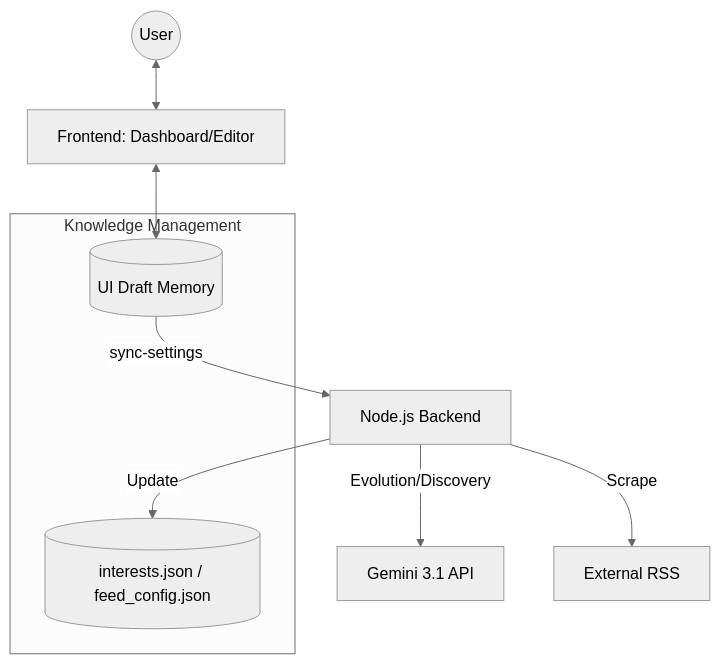
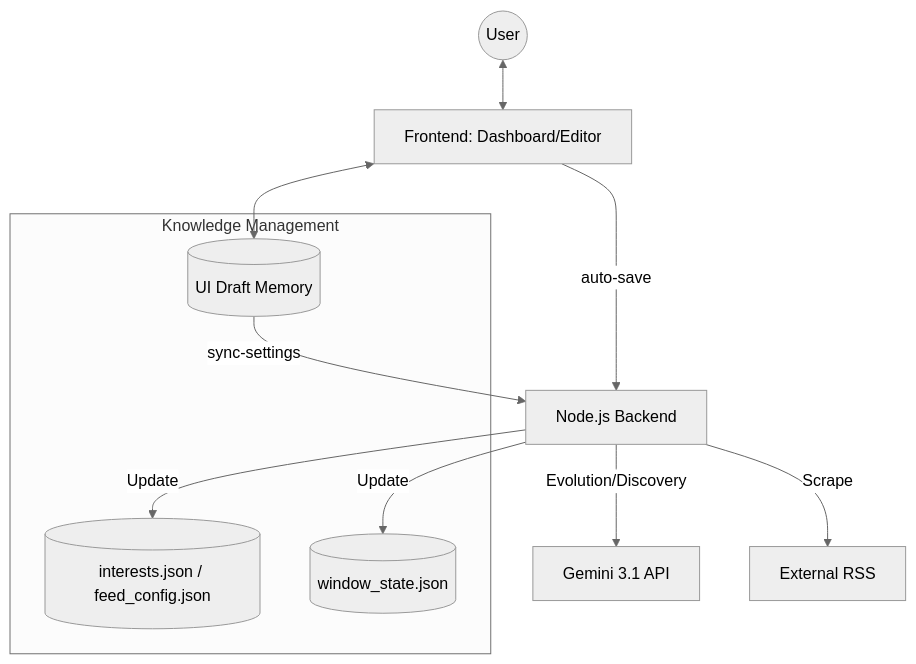
Before and after one commit to charge0315/aegis-ai-hub: the diagram in docs/CODEMAPS/INDEX.md, drawn with Mermaid (neutral theme). The commit also changed other lines of this file and 12 other files, not shown here.

````diff
--- a/docs/CODEMAPS/INDEX.md
+++ b/docs/CODEMAPS/INDEX.md
@@ -18,19 +18,22 @@
 ```mermaid
 graph TD
     User((User))
     UI[Frontend: Dashboard/Editor]
     Server[Node.js Backend]
     
     subgraph "Knowledge Management"
         Draft[(UI Draft Memory)]
         Config[(interests.json / feed_config.json)]
+        WinState[(window_state.json)]
     end
 
     User <--> UI
     UI <--> Draft
     Draft -- sync-settings --> Server
+    UI -- auto-save --> Server
     Server -- Update --> Config
+    Server -- Update --> WinState
     
     Server -- Evolution/Discovery --> GeminiAPI[Gemini 3.1 API]
     Server -- Scrape --> Feeds[External RSS]
 ```
````
